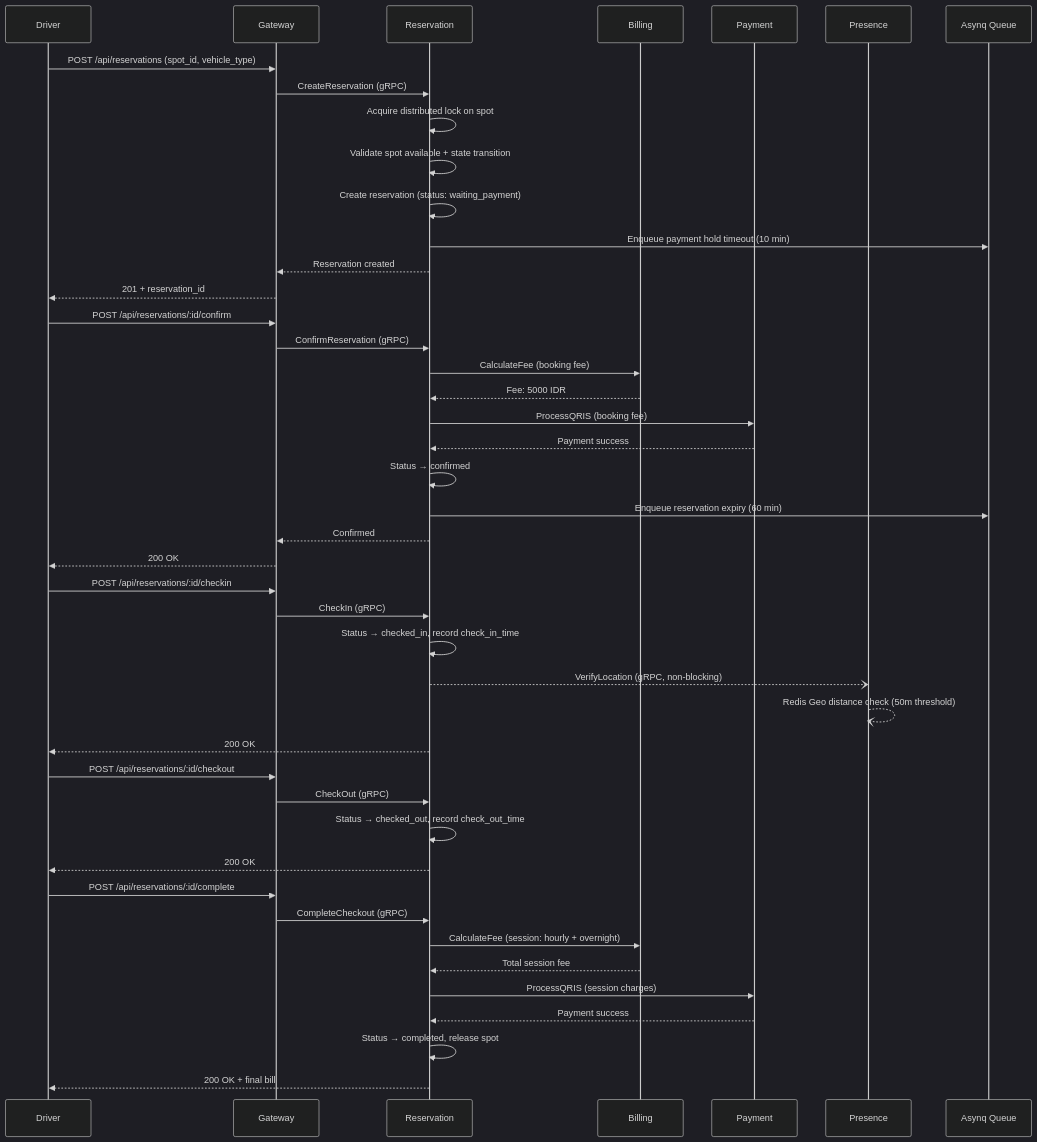
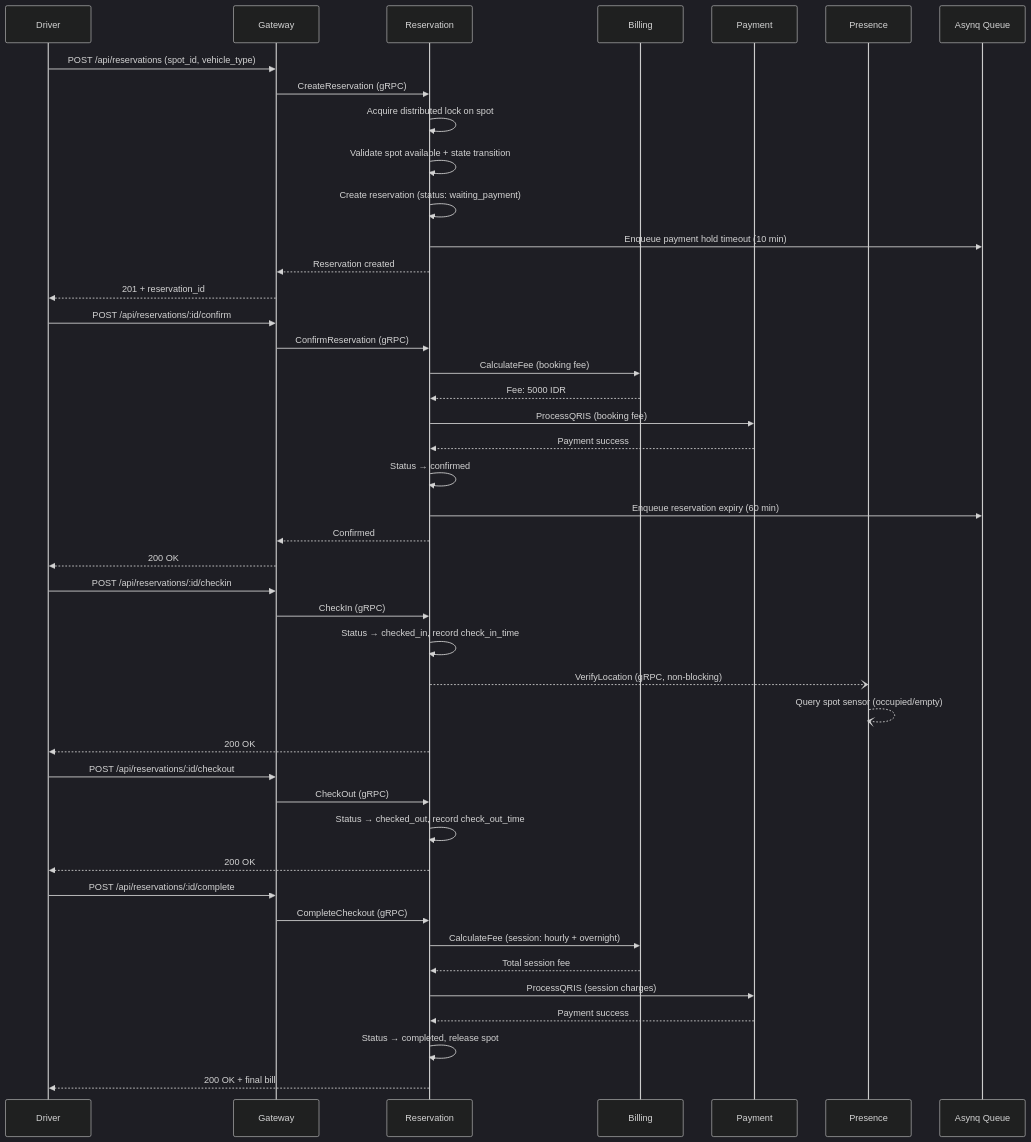
One commit to piresc/parkir-pintar changed the third of 10 diagrams in README.md. Above: the diagram before and after it, drawn with Mermaid (dark theme). The commit also changed other lines of this file, not shown here.

Commit message:
docs: update README presence references from GPS/Redis Geo to sensor-based

````diff
--- a/README.md
+++ b/README.md
@@ -129,51 +129,51 @@
 ```mermaid
 sequenceDiagram
     participant D as Driver
     participant GW as Gateway
     participant R as Reservation
     participant B as Billing
     participant P as Payment
     participant PRES as Presence
     participant Q as Asynq Queue
 
     D->>GW: POST /api/reservations (spot_id, vehicle_type)
     GW->>R: CreateReservation (gRPC)
     R->>R: Acquire distributed lock on spot
     R->>R: Validate spot available + state transition
     R->>R: Create reservation (status: waiting_payment)
     R->>Q: Enqueue payment hold timeout (10 min)
     R-->>GW: Reservation created
     GW-->>D: 201 + reservation_id
 
     D->>GW: POST /api/reservations/:id/confirm
     GW->>R: ConfirmReservation (gRPC)
     R->>B: CalculateFee (booking fee)
     B-->>R: Fee: 5000 IDR
     R->>P: ProcessQRIS (booking fee)
     P-->>R: Payment success
     R->>R: Status → confirmed
     R->>Q: Enqueue reservation expiry (60 min)
     R-->>GW: Confirmed
     GW-->>D: 200 OK
 
     D->>GW: POST /api/reservations/:id/checkin
     GW->>R: CheckIn (gRPC)
     R->>R: Status → checked_in, record check_in_time
     R--)PRES: VerifyLocation (gRPC, non-blocking)
-    PRES--)PRES: Redis Geo distance check (50m threshold)
+    PRES--)PRES: Query spot sensor (occupied/empty)
     R-->>D: 200 OK
 
     D->>GW: POST /api/reservations/:id/checkout
     GW->>R: CheckOut (gRPC)
     R->>R: Status → checked_out, record check_out_time
     R-->>D: 200 OK
 
     D->>GW: POST /api/reservations/:id/complete
     GW->>R: CompleteCheckout (gRPC)
     R->>B: CalculateFee (session: hourly + overnight)
     B-->>R: Total session fee
     R->>P: ProcessQRIS (session charges)
     P-->>R: Payment success
     R->>R: Status → completed, release spot
     R-->>D: 200 OK + final bill
 ```
````
